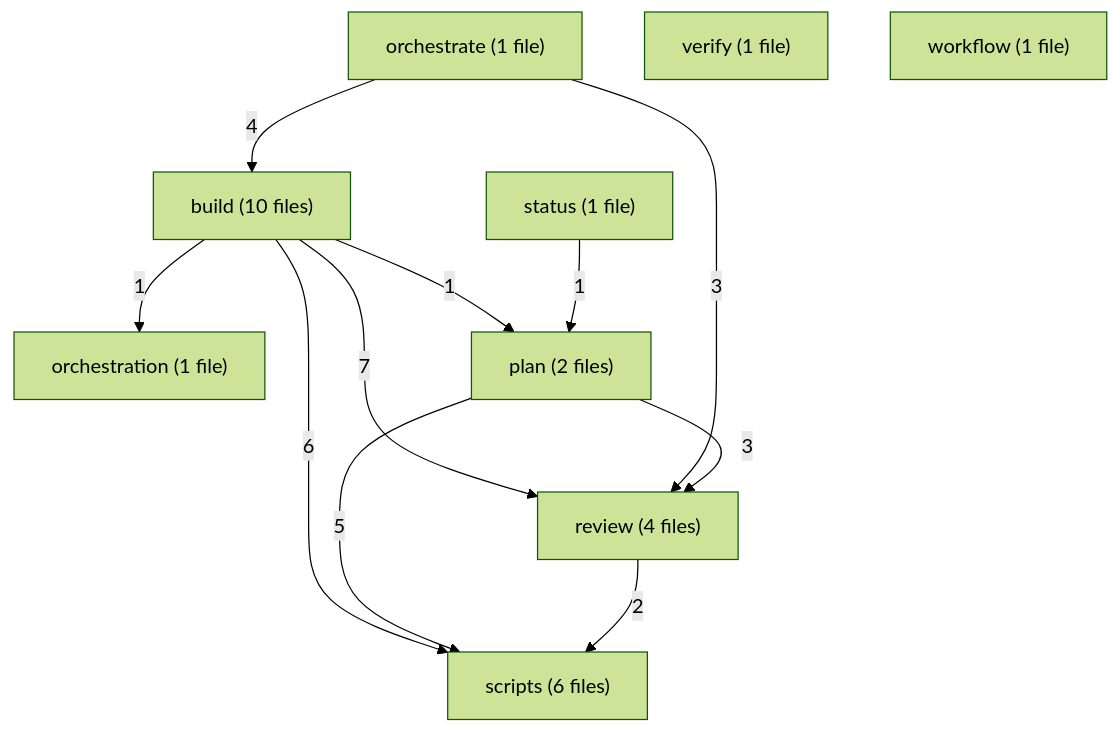
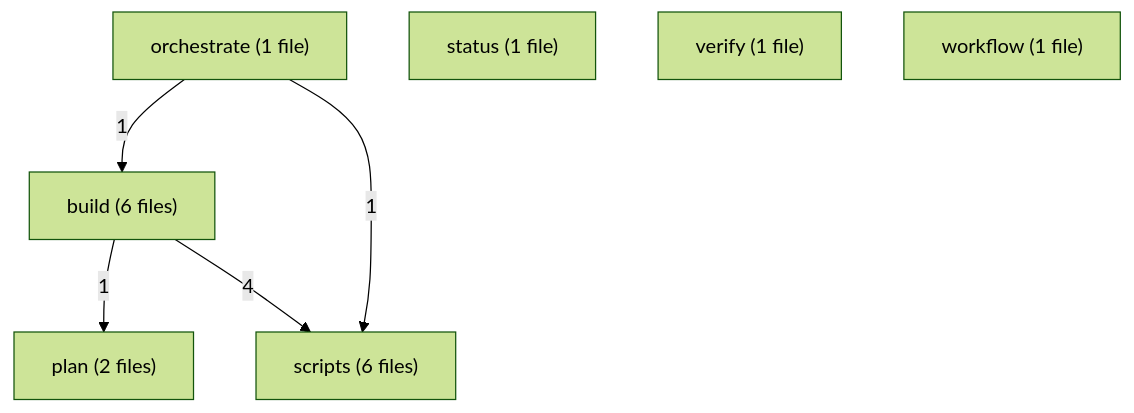
The first of 8 diagrams in skills/varde-change/FLOW.md (alecegg/varde), drawn with Mermaid (forest theme) before and after one commit. The commit also changed other lines of this file and 1293 other files, not shown here.

````diff
--- a/skills/varde-change/FLOW.md
+++ b/skills/varde-change/FLOW.md
@@ -39,22 +32,14 @@
 ```mermaid
 flowchart TD
-  m0["build (10 files)"]
+  m0["build (6 files)"]
   m1["orchestrate (1 file)"]
-  m2["orchestration (1 file)"]
-  m3["plan (2 files)"]
-  m4["review (4 files)"]
-  m5["scripts (6 files)"]
-  m6["status (1 file)"]
-  m7["verify (1 file)"]
-  m8["workflow (1 file)"]
+  m2["plan (2 files)"]
+  m3["scripts (6 files)"]
+  m4["status (1 file)"]
+  m5["verify (1 file)"]
+  m6["workflow (1 file)"]
   m0 -->|"1"| m2
-  m0 -->|"1"| m3
-  m0 -->|"7"| m4
-  m0 -->|"6"| m5
-  m1 -->|"4"| m0
-  m1 -->|"3"| m4
-  m3 -->|"3"| m4
-  m3 -->|"5"| m5
-  m4 -->|"2"| m5
-  m6 -->|"1"| m3
+  m0 -->|"4"| m3
+  m1 -->|"1"| m0
+  m1 -->|"1"| m3
 ```
````
